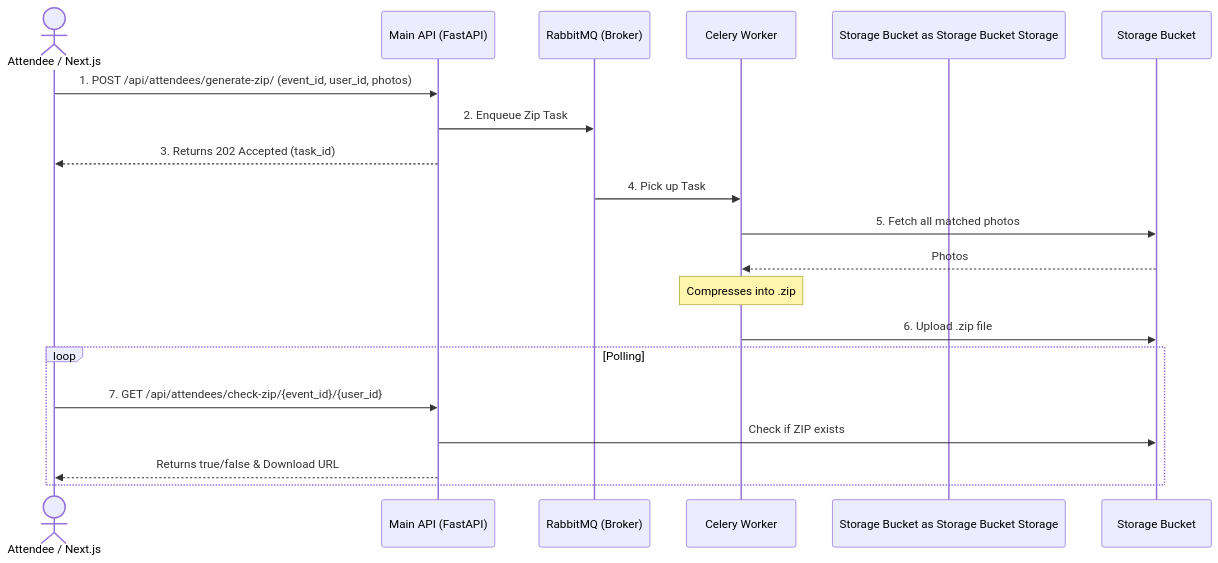
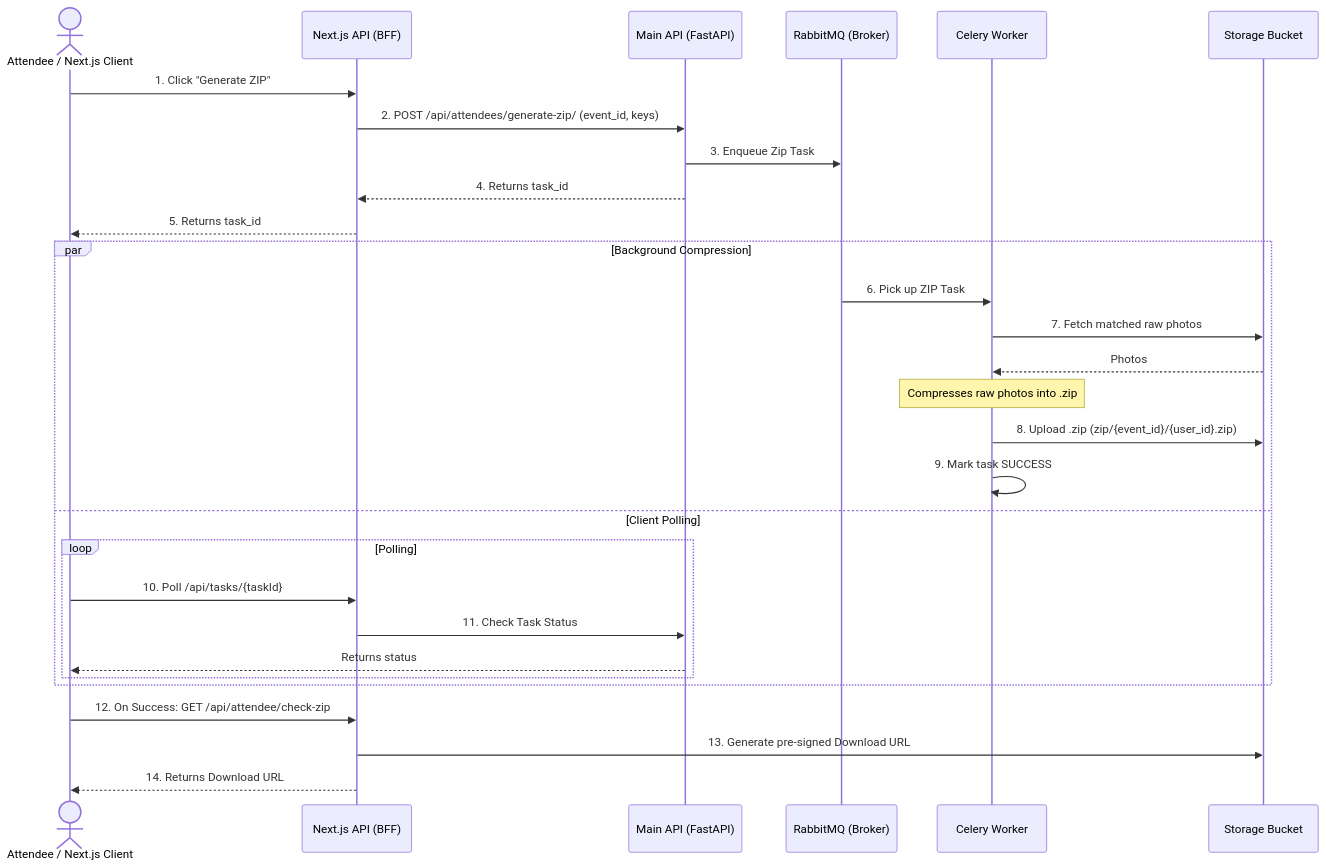
Before and after one commit to Avneesh11905/EventSnapAPI: the fourth of 5 diagrams in workflows.md, drawn with Mermaid. The commit also changed other lines of this file and 12 other files, not shown here.

````diff
--- a/workflows.md
+++ b/workflows.md
@@ -71,25 +109,34 @@
 ```mermaid
 sequenceDiagram
+    actor Attendee as Attendee / Next.js Client
+    participant NextAPI as Next.js API (BFF)
+    participant FastAPI as Main API (FastAPI)
+    participant RMQ as RabbitMQ (Broker)
+    participant Worker as Celery Worker
+    participant Storage as Storage Bucket
 
-actor Attendee as Attendee / Next.js
-participant API as Main API (FastAPI)
-participant RMQ as RabbitMQ (Broker)
-participant Worker as Celery Worker
-participant Storage Bucket as Storage Bucket Storage
+    Attendee->>NextAPI: 1. Click "Generate ZIP"
+    NextAPI->>FastAPI: 2. POST /api/attendees/generate-zip/ (event_id, keys)
+    FastAPI->>RMQ: 3. Enqueue Zip Task
+    FastAPI-->>NextAPI: 4. Returns task_id
+    NextAPI-->>Attendee: 5. Returns task_id
 
-Attendee->>API: 1. POST /api/attendees/generate-zip/ (event_id, user_id, photos)
-API->>RMQ: 2. Enqueue Zip Task
-API-->>Attendee: 3. Returns 202 Accepted (task_id)
-
-RMQ->>Worker: 4. Pick up Task
-Worker->>Storage Bucket: 5. Fetch all matched photos
-Storage Bucket-->>Worker: Photos
-Note over Worker: Compresses into .zip
-Worker->>Storage Bucket: 6. Upload .zip file
-
-loop Polling
-    Attendee->>API: 7. GET /api/attendees/check-zip/{event_id}/{user_id}
-    API->>Storage Bucket: Check if ZIP exists
-    API-->>Attendee: Returns true/false & Download URL
-end
+    par Background Compression
+        RMQ->>Worker: 6. Pick up ZIP Task
+        Worker->>Storage: 7. Fetch matched raw photos
+        Storage-->>Worker: Photos
+        Note over Worker: Compresses raw photos into .zip
+        Worker->>Storage: 8. Upload .zip (zip/{event_id}/{user_id}.zip)
+        Worker->>Worker: 9. Mark task SUCCESS
+    and Client Polling
+        loop Polling
+            Attendee->>NextAPI: 10. Poll /api/tasks/{taskId}
+            NextAPI->>FastAPI: 11. Check Task Status
+            FastAPI-->>Attendee: Returns status
+        end
+    end
+    
+    Attendee->>NextAPI: 12. On Success: GET /api/attendee/check-zip
+    NextAPI->>Storage: 13. Generate pre-signed Download URL
+    NextAPI-->>Attendee: 14. Returns Download URL
 ```
````
